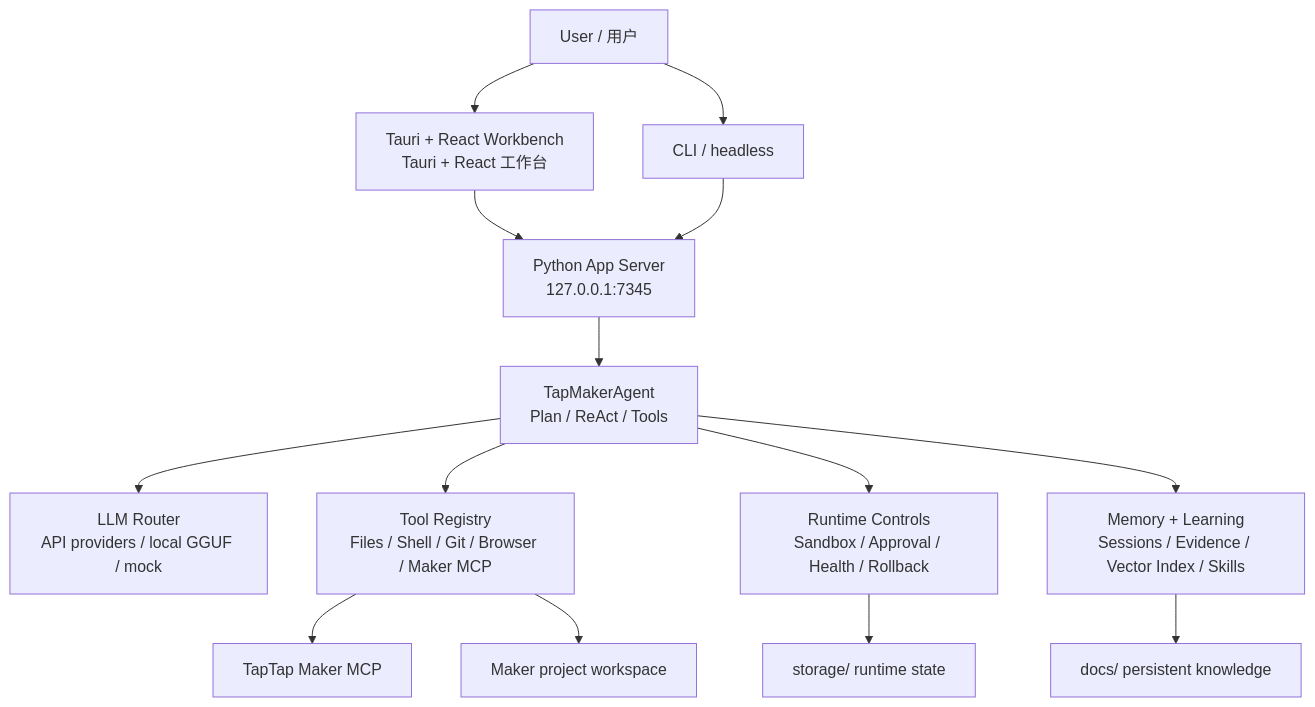
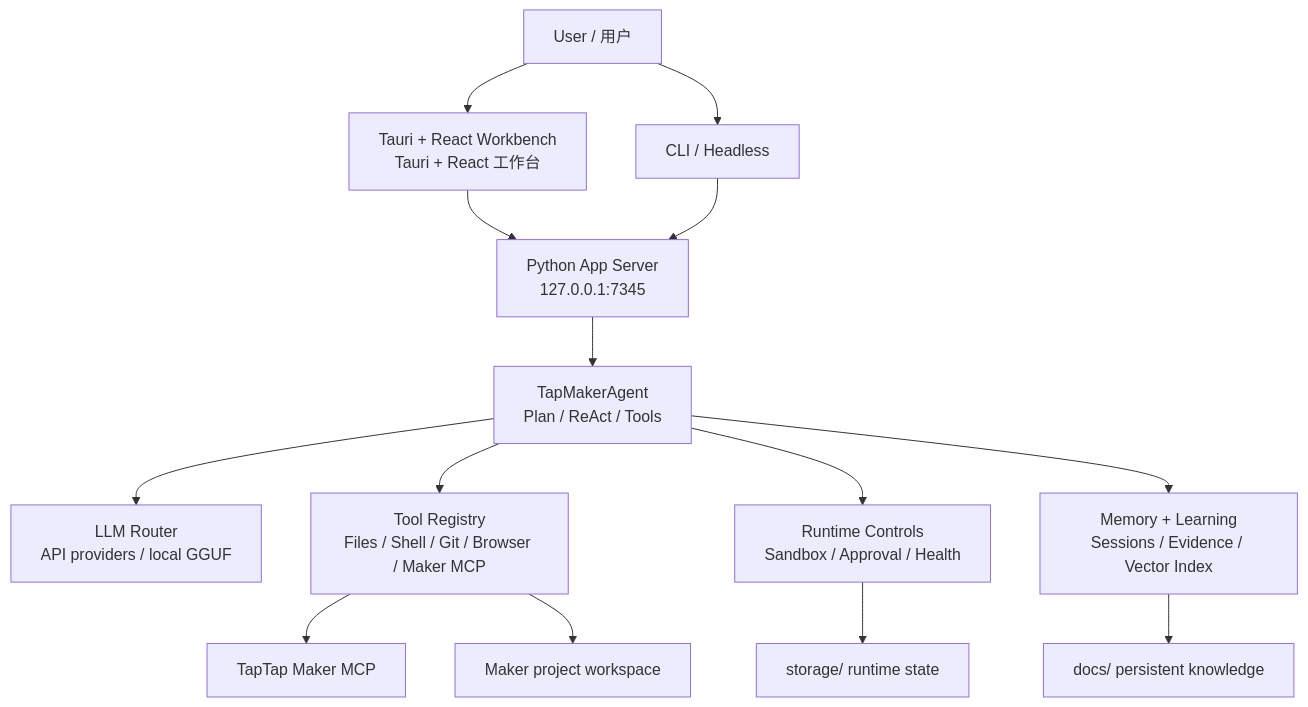
One commit to KingSystemHaiGo/TTMEvolve changed the diagram in README.md. Above: the diagram before and after it, drawn with Mermaid. The commit also changed other lines of this file and 2 other files, not shown here.

````diff
--- a/README.md
+++ b/README.md
@@ -63,19 +64,19 @@
 ```mermaid
 flowchart TB
     User["User / 用户"] --> GUI["Tauri + React Workbench<br/>Tauri + React 工作台"]
-    User --> CLI["CLI / headless"]
+    User --> CLI["CLI / Headless"]
 
     GUI --> Server["Python App Server<br/>127.0.0.1:7345"]
     CLI --> Server
 
     Server --> Agent["TapMakerAgent<br/>Plan / ReAct / Tools"]
-    Agent --> LLM["LLM Router<br/>API providers / local GGUF / mock"]
+    Agent --> LLM["LLM Router<br/>API providers / local GGUF"]
     Agent --> Tools["Tool Registry<br/>Files / Shell / Git / Browser / Maker MCP"]
-    Agent --> Runtime["Runtime Controls<br/>Sandbox / Approval / Health / Rollback"]
-    Agent --> Memory["Memory + Learning<br/>Sessions / Evidence / Vector Index / Skills"]
+    Agent --> Runtime["Runtime Controls<br/>Sandbox / Approval / Health"]
+    Agent --> Memory["Memory + Learning<br/>Sessions / Evidence / Vector Index"]
 
     Tools --> Maker["TapTap Maker MCP"]
     Tools --> Project["Maker project workspace"]
     Runtime --> Storage["storage/ runtime state"]
     Memory --> Docs["docs/ persistent knowledge"]
 ```
````
